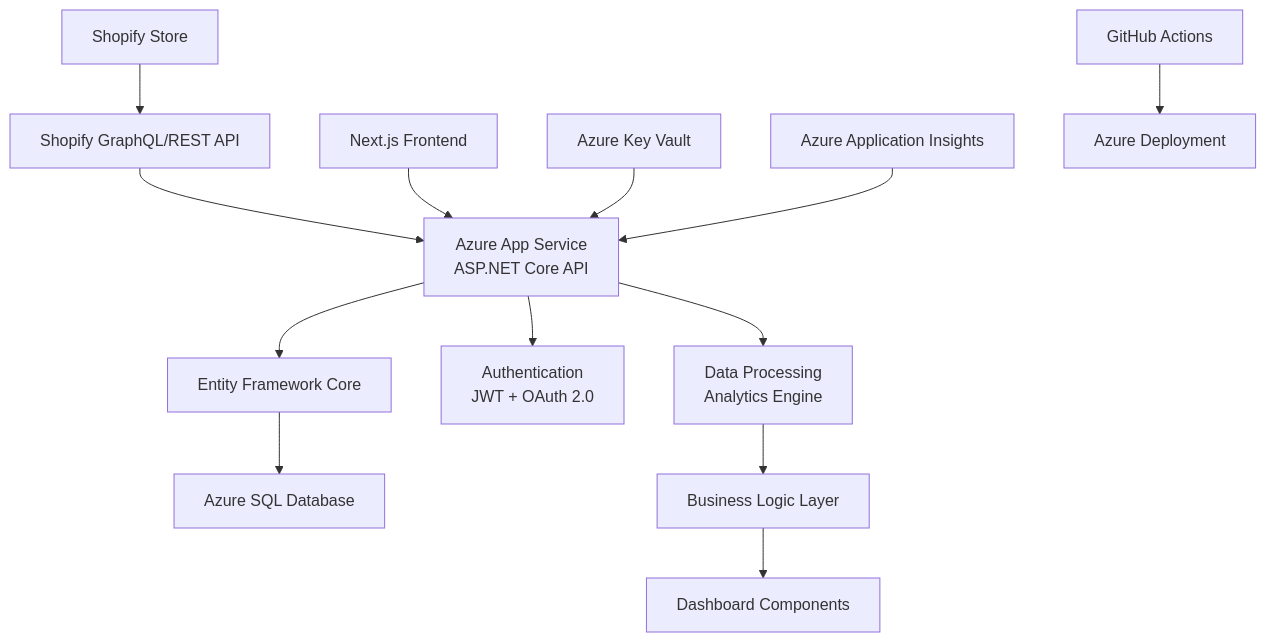
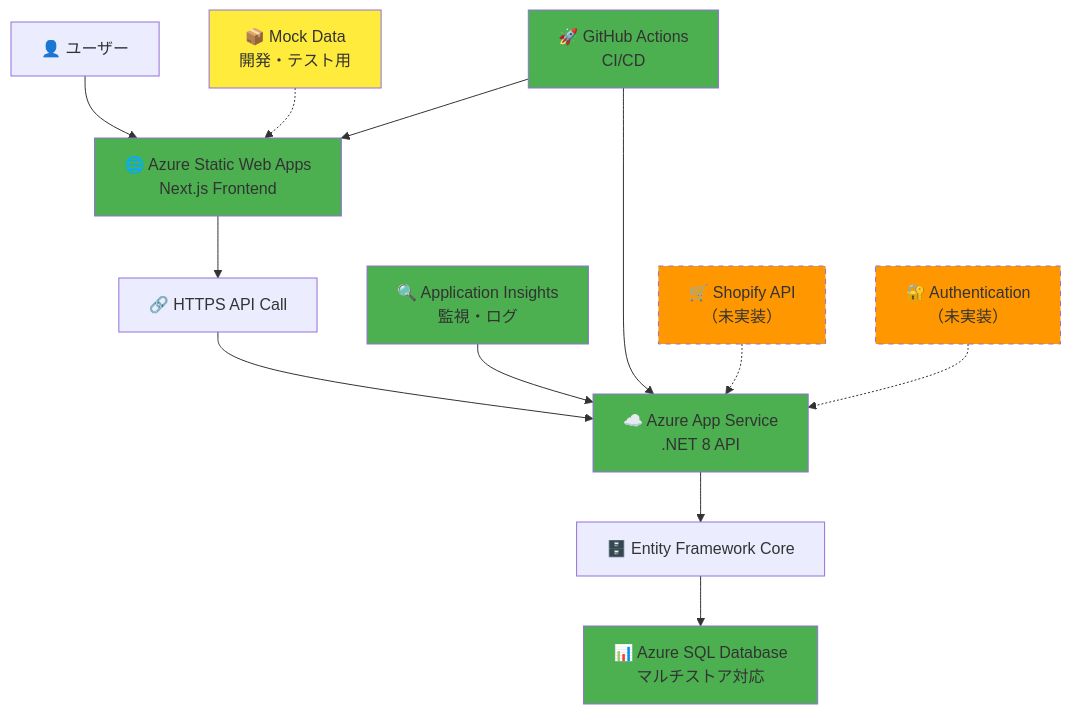
Before and after one commit to sideworks-fuk/shopify-ai-marketing-suite: the first of 3 diagrams in docs/02-architecture/system-architecture.md, drawn with Mermaid. The commit also changed other lines of this file and 29 other files, not shown here.

````diff
--- a/docs/02-architecture/system-architecture.md
+++ b/docs/02-architecture/system-architecture.md
@@ -183,17 +225,25 @@
 ```mermaid
 graph TD
-    A[Shopify Store] --> B[Shopify GraphQL/REST API]
-    B --> C[Azure App Service<br/>ASP.NET Core API]
-    C --> D[Entity Framework Core]
-    D --> E[Azure SQL Database]
+    A["👤 ユーザー"] --> B["🌐 Azure Static Web Apps<br/>Next.js Frontend"]
+    B --> C["🔗 HTTPS API Call"]
+    C --> D["☁️ Azure App Service<br/>.NET 8 API"]
+    D --> E["🗄️ Entity Framework Core"]
+    E --> F["📊 Azure SQL Database<br/>マルチストア対応"]
     
-    F[Next.js Frontend] --> C
-    C --> G[Authentication<br/>JWT + OAuth 2.0]
-    C --> H[Data Processing<br/>Analytics Engine]
-    H --> I[Business Logic Layer]
-    I --> J[Dashboard Components]
+    G["📦 Mock Data<br/>開発・テスト用"] -.-> B
+    H["🔍 Application Insights<br/>監視・ログ"] --> D
+    I["🚀 GitHub Actions<br/>CI/CD"] --> B
+    I --> D
     
-    K[Azure Key Vault] --> C
-    L[Azure Application Insights] --> C
-    M[GitHub Actions] --> N[Azure Deployment]
+    J["🛒 Shopify API<br/>（未実装）"] -.-> D
+    K["🔐 Authentication<br/>（未実装）"] -.-> D
+    
+    style B fill:#4caf50
+    style D fill:#4caf50
+    style F fill:#4caf50
+    style H fill:#4caf50
+    style I fill:#4caf50
+    style G fill:#ffeb3b
+    style J fill:#ff9800,stroke-dasharray: 5 5
+    style K fill:#ff9800,stroke-dasharray: 5 5
 ```
````
